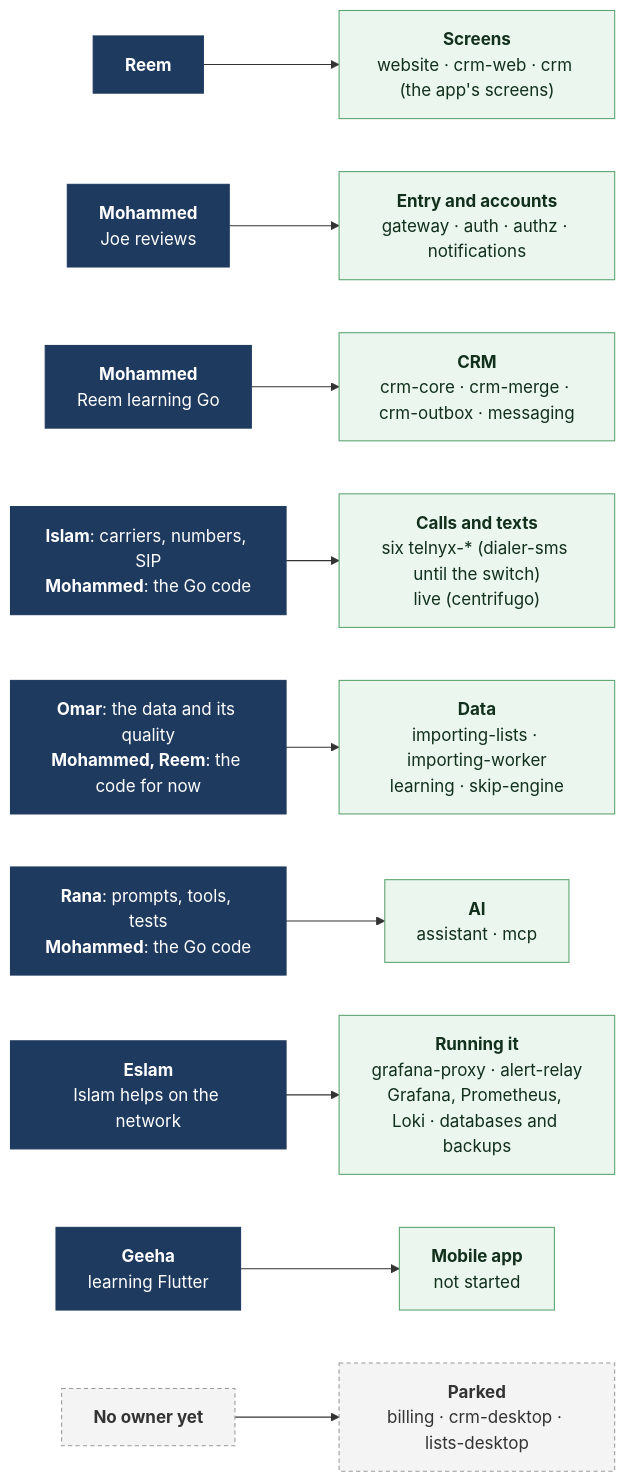
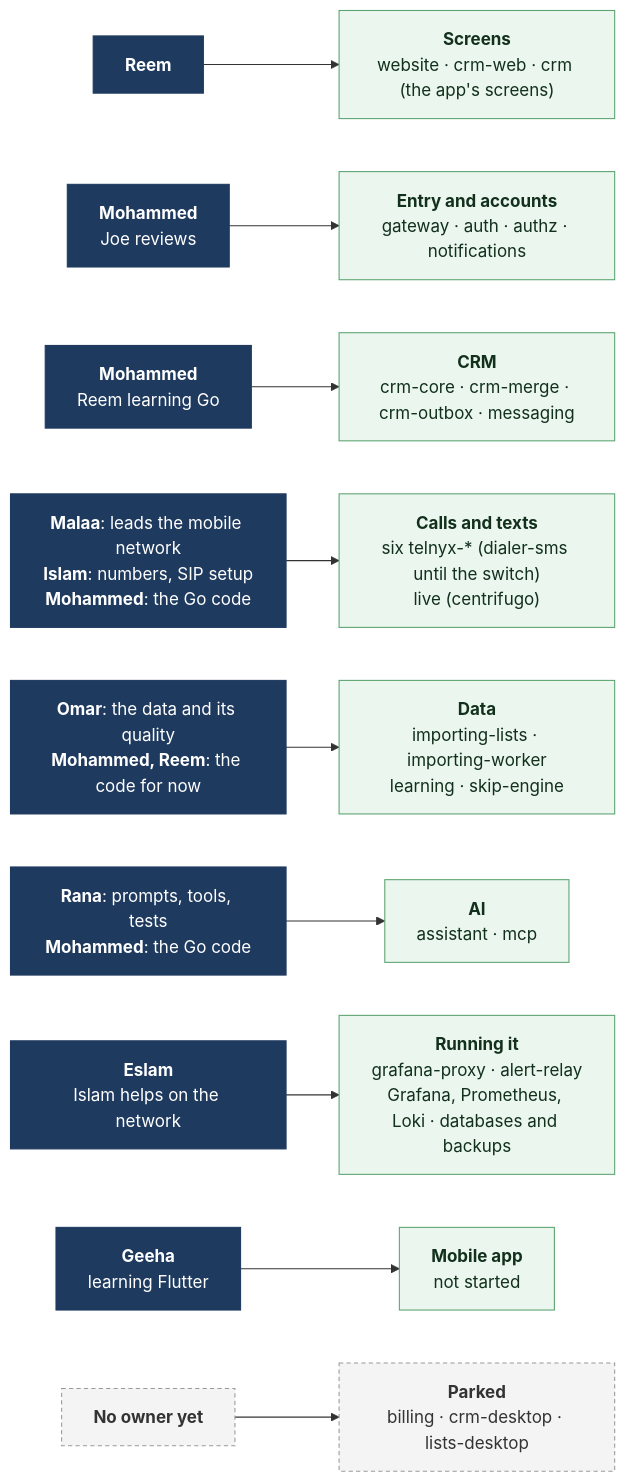
One commit to Mohammed-HeshamMohammed/Turf changed the third of 5 diagrams in docs/team/README.md. Above: the diagram before and after it, drawn with Mermaid. The commit also changed other lines of this file and 1 other file, not shown here.

Commit message:
Team: Malaa also heads the mobile network

````diff
--- a/docs/team/README.md
+++ b/docs/team/README.md
@@ -117,19 +118,19 @@
 ```mermaid
 flowchart LR
     O1["<b>Reem</b>"] --> A1["<b>Screens</b><br/>website · crm-web · crm (the app's screens)"]
     O2["<b>Mohammed</b><br/>Joe reviews"] --> A2["<b>Entry and accounts</b><br/>gateway · auth · authz · notifications"]
     O3["<b>Mohammed</b><br/>Reem learning Go"] --> A3["<b>CRM</b><br/>crm-core · crm-merge · crm-outbox · messaging"]
-    O4["<b>Islam</b>: carriers, numbers, SIP<br/><b>Mohammed</b>: the Go code"] --> A4["<b>Calls and texts</b><br/>six telnyx-* (dialer-sms until the switch)<br/>live (centrifugo)"]
+    O4["<b>Malaa</b>: leads the mobile network<br/><b>Islam</b>: numbers, SIP setup<br/><b>Mohammed</b>: the Go code"] --> A4["<b>Calls and texts</b><br/>six telnyx-* (dialer-sms until the switch)<br/>live (centrifugo)"]
     O5["<b>Omar</b>: the data and its quality<br/><b>Mohammed, Reem</b>: the code for now"] --> A5["<b>Data</b><br/>importing-lists · importing-worker<br/>learning · skip-engine"]
     O6["<b>Rana</b>: prompts, tools, tests<br/><b>Mohammed</b>: the Go code"] --> A6["<b>AI</b><br/>assistant · mcp"]
     O7["<b>Eslam</b><br/>Islam helps on the network"] --> A7["<b>Running it</b><br/>grafana-proxy · alert-relay<br/>Grafana, Prometheus, Loki · databases and backups"]
     O8["<b>Geeha</b><br/>learning Flutter"] --> A8["<b>Mobile app</b><br/>not started"]
     O9["<b>No owner yet</b>"] --> A9["<b>Parked</b><br/>billing · crm-desktop · lists-desktop"]
 
     classDef person fill:#1f3a5f,stroke:#1f3a5f,color:#ffffff
     classDef area fill:#eaf6ee,stroke:#5aa36f,color:#12301c
     classDef none fill:#f4f4f4,stroke:#9a9a9a,color:#333333,stroke-dasharray:4 3
     class O1,O2,O3,O4,O5,O6,O7,O8 person
     class A1,A2,A3,A4,A5,A6,A7,A8 area
     class O9,A9 none
 ```
````
